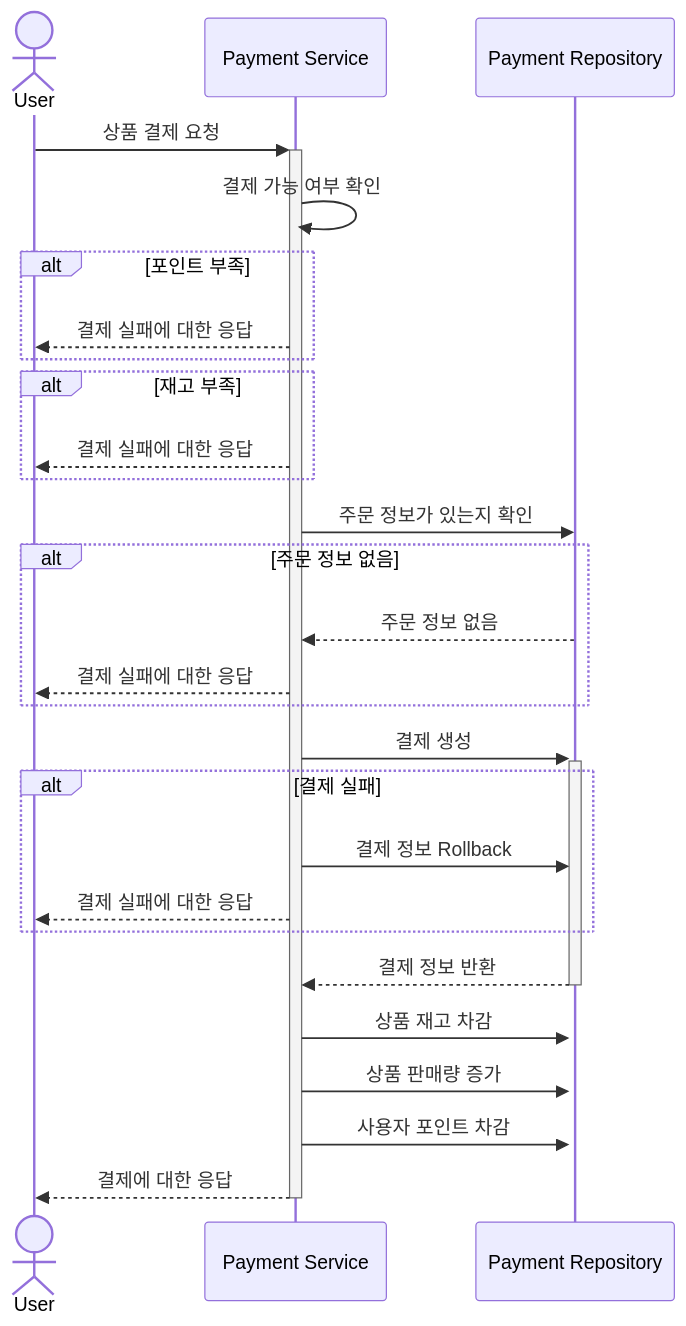
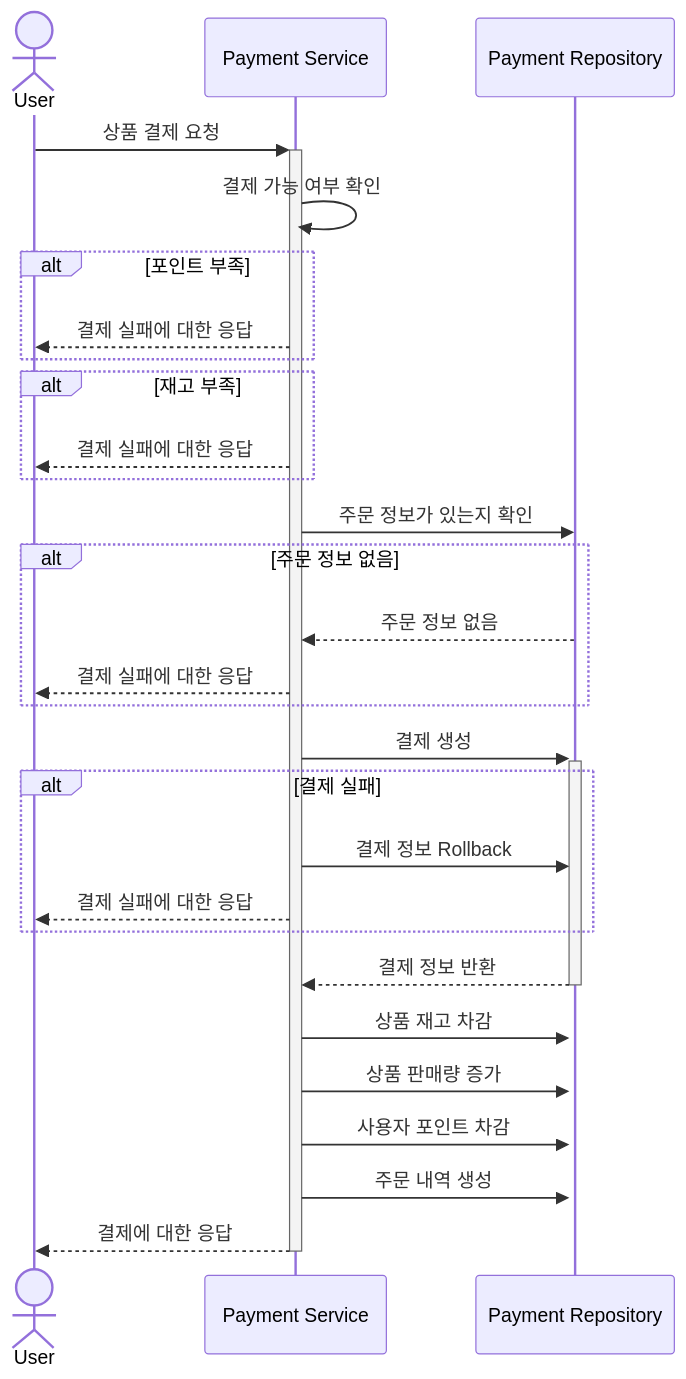
Before and after one commit to kiyoung92/nestjs-Infrastructure-report: the fifth of 6 diagrams in README.md, drawn with Mermaid.

Commit message:
docs: sequence diagram 수정
상품 결제 시 주문내역 생성 추가

````diff
--- a/README.md
+++ b/README.md
@@ -120,31 +120,32 @@
 ```mermaid
 sequenceDiagram
 
   actor User
 
   User ->>+ Payment Service: 상품 결제 요청
   Payment Service ->> Payment Service: 결제 가능 여부 확인
   alt 포인트 부족
     Payment Service -->> User: 결제 실패에 대한 응답
   end
   alt 재고 부족
     Payment Service -->> User: 결제 실패에 대한 응답
   end
   Payment Service ->> Payment Repository: 주문 정보가 있는지 확인
 
   alt 주문 정보 없음
     Payment Repository -->> Payment Service: 주문 정보 없음
     Payment Service -->> User: 결제 실패에 대한 응답
   end
 
   Payment Service ->>+ Payment Repository: 결제 생성
   alt 결제 실패
     Payment Service ->> Payment Repository: 결제 정보 Rollback
     Payment Service -->> User: 결제 실패에 대한 응답
   end
   Payment Repository -->>- Payment Service: 결제 정보 반환
   Payment Service ->>+ Payment Repository: 상품 재고 차감
   Payment Service ->>+ Payment Repository: 상품 판매량 증가
   Payment Service ->>+ Payment Repository: 사용자 포인트 차감
+  Payment Service ->>+ Payment Repository: 주문 내역 생성
   Payment Service -->>- User: 결제에 대한 응답
 ```
````
